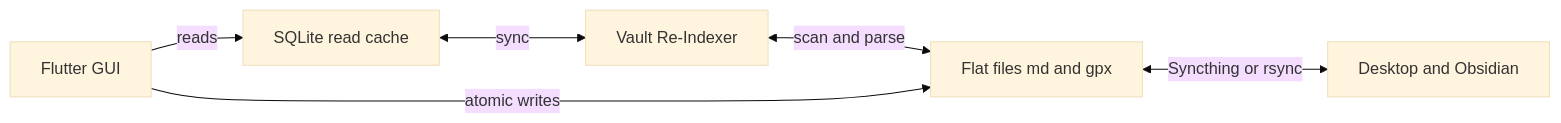
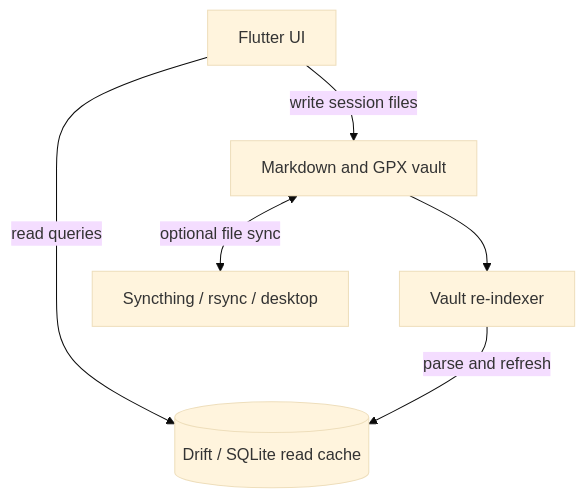
One commit to mxtwng/Claude-ObsidianFit changed the diagram in README.md. Above: the diagram before and after it, drawn with Mermaid (base theme). The commit also changed other lines of this file, not shown here.

Commit message:
docs: refresh README for completed six-phase roadmap

````diff
--- a/README.md
+++ b/README.md
@@ -52,8 +60,8 @@
 ```mermaid
-flowchart LR
-    GUI[Flutter GUI] -->|reads| DB[SQLite read cache]
-    DB <-->|sync| IDX[Vault Re-Indexer]
-    IDX <-->|scan and parse| FILES[Flat files md and gpx]
-    GUI -->|atomic writes| FILES
-    FILES <-->|Syncthing or rsync| OTHER[Desktop and Obsidian]
+flowchart TD
+    UI[Flutter UI] -->|read queries| DB[(Drift / SQLite read cache)]
+    UI -->|write session files| VAULT[Markdown and GPX vault]
+    VAULT --> INDEX[Vault re-indexer]
+    INDEX -->|parse and refresh| DB
+    VAULT <-->|optional file sync| SYNC[Syncthing / rsync / desktop]
 ```
````
